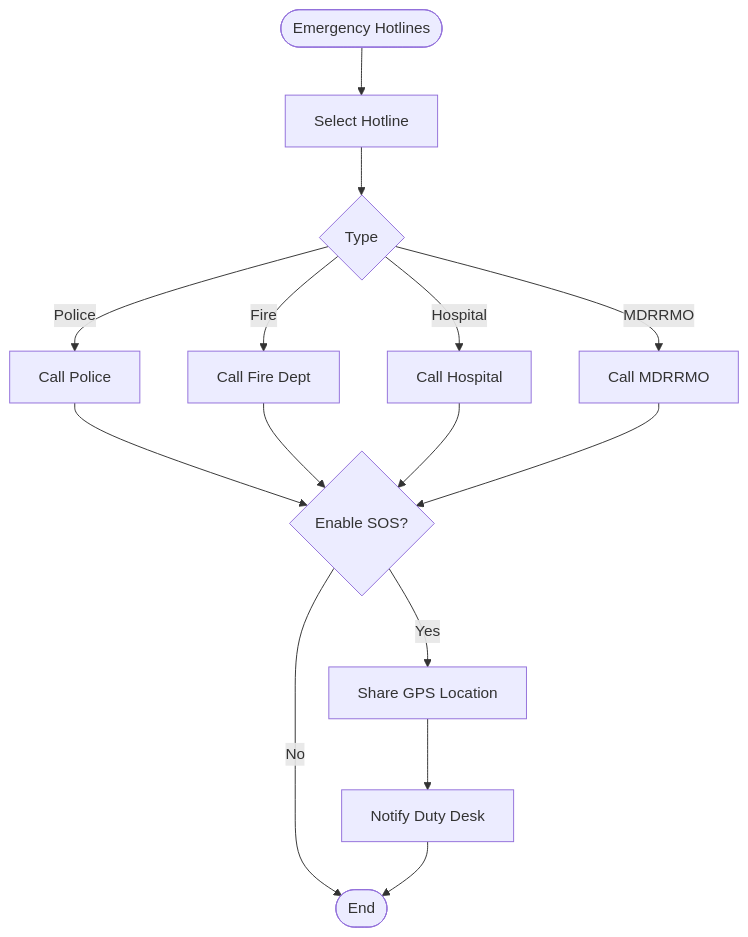
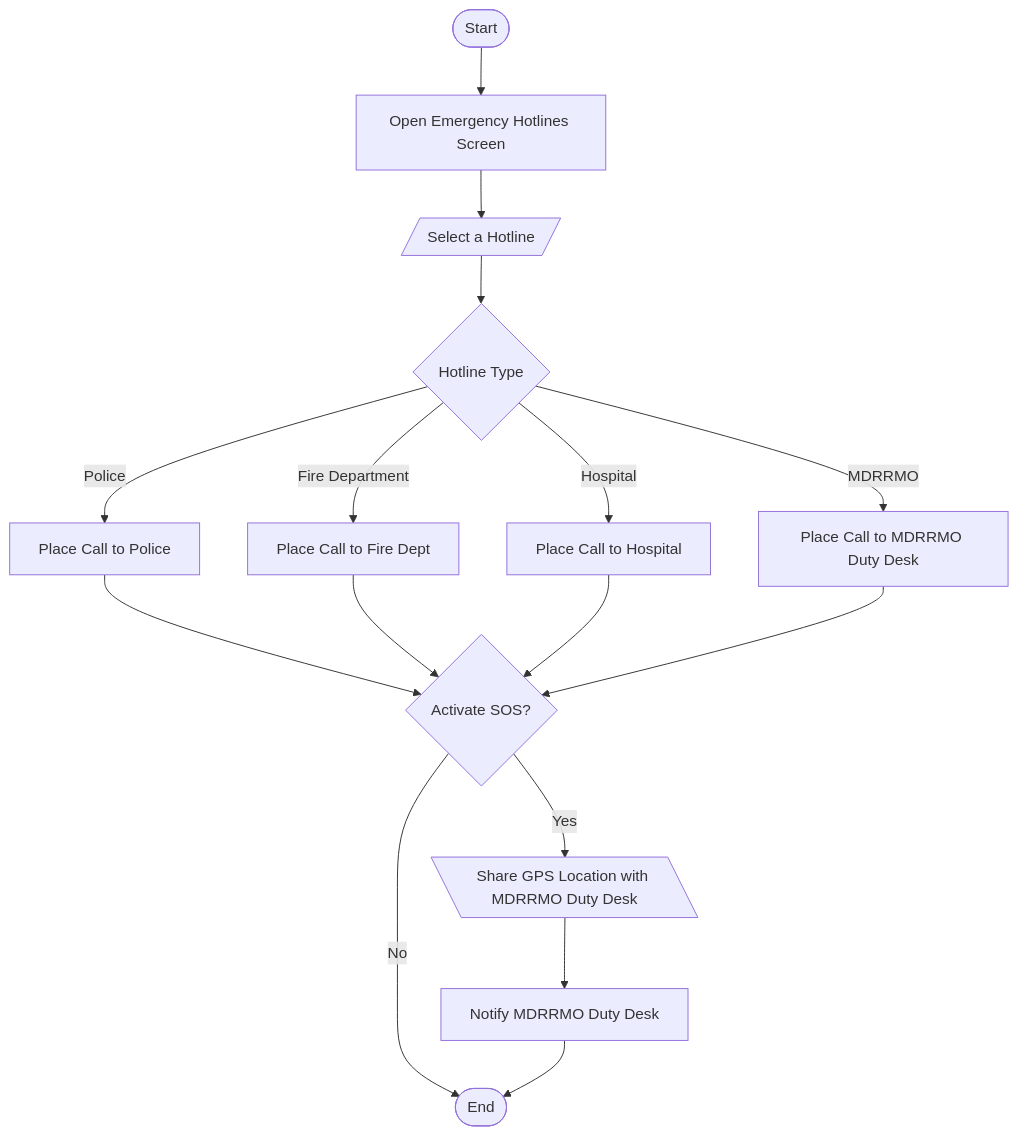
Before and after one commit to MellowLaw/AGAPP: diagram 17 of 25 in Manuscript/diagrams.md, drawn with Mermaid. The commit also changed other lines of this file and 1 other file, not shown here.

Commit message:
feat: update diagrams and figures documentation with detailed flowcharts and wireframes for AGAPP

````diff
--- a/Manuscript/diagrams.md
+++ b/Manuscript/diagrams.md
@@ -366,17 +444,18 @@
 ```mermaid
 flowchart TD
-    Start([Emergency Hotlines]) --> Select[Select Hotline]
-    Select --> Type{Type}
-    Type -->|Police| Call1[Call Police]
-    Type -->|Fire| Call2[Call Fire Dept]
-    Type -->|Hospital| Call3[Call Hospital]
-    Type -->|MDRRMO| Call4[Call MDRRMO]
-    Call1 --> SOS{Enable SOS?}
+    Start([Start]) --> Open[Open Emergency Hotlines Screen]
+    Open --> Select[/Select a Hotline/]
+    Select --> Type{Hotline Type}
+    Type -->|Police| Call1[Place Call to Police]
+    Type -->|Fire Department| Call2[Place Call to Fire Dept]
+    Type -->|Hospital| Call3[Place Call to Hospital]
+    Type -->|MDRRMO| Call4[Place Call to MDRRMO Duty Desk]
+    Call1 --> SOS{Activate SOS?}
     Call2 --> SOS
     Call3 --> SOS
     Call4 --> SOS
-    SOS -->|Yes| Share[Share GPS Location]
+    SOS -->|Yes| Share[\Share GPS Location with MDRRMO Duty Desk\]
     SOS -->|No| End([End])
-    Share --> Duty[Notify Duty Desk]
+    Share --> Duty[Notify MDRRMO Duty Desk]
     Duty --> End
 ```
````
